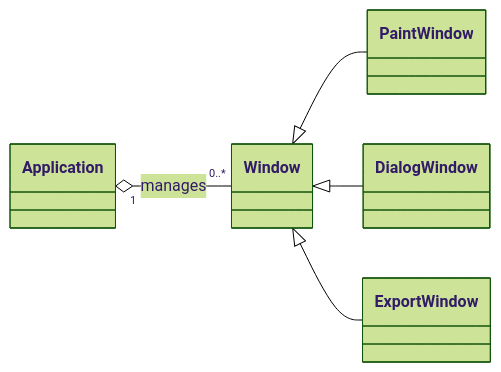
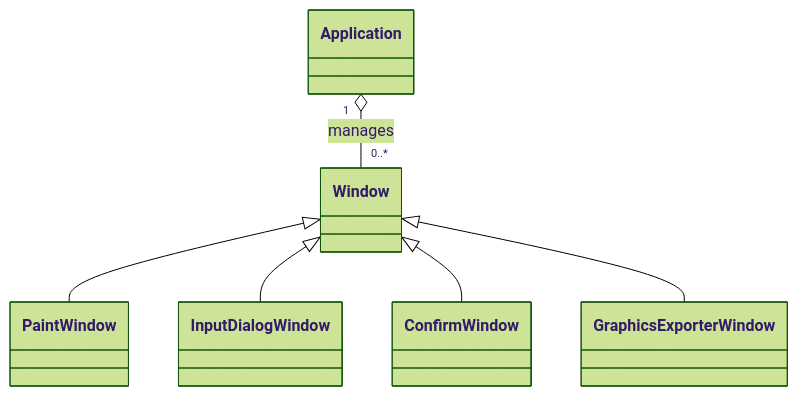
Before and after one commit to YuanOwO/CG-hw1-paint: the diagram in docs/figures-src/ch03-window-classes.mmd, drawn with Mermaid (forest theme). The commit also changed 16 other files, not shown here.

```diff
--- a/docs/figures-src/ch03-window-classes.mmd
+++ b/docs/figures-src/ch03-window-classes.mmd
@@ -1,8 +1,6 @@
 classDiagram
-    direction LR
-
     Application "1" o-- "0..*" Window : manages
-
     Window <|-- PaintWindow
-    Window <|-- DialogWindow
-    Window <|-- ExportWindow
+    Window <|-- InputDialogWindow
+    Window <|-- ConfirmWindow
+    Window <|-- GraphicsExporterWindow
```
